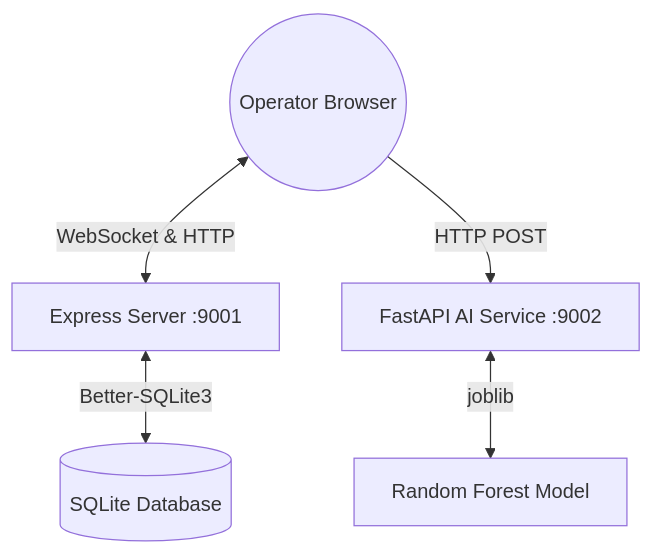
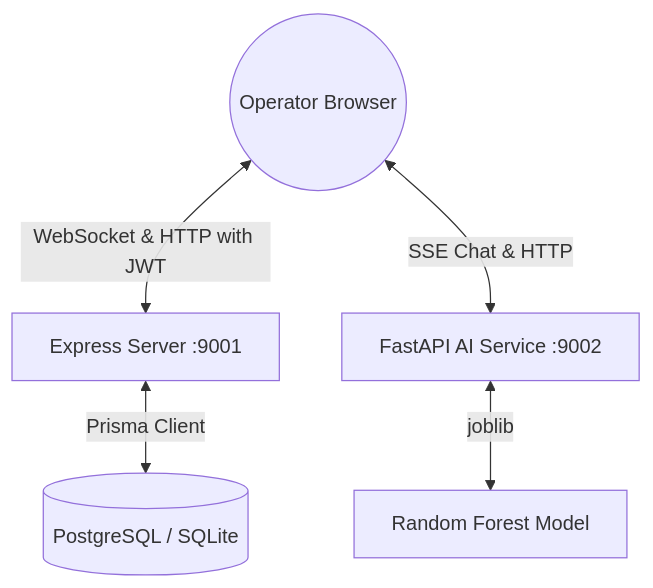
Before and after one commit to obstinix/aerosync: the diagram in README.md, drawn with Mermaid. The commit also changed other lines of this file and 29 other files, not shown here.

Commit message:
feat: complete database migration to Prisma, implement JWT auth, rate limiter, socket rooms, Docker compose, test suites, and upgraded Render blueprint

````diff
--- a/README.md
+++ b/README.md
@@ -11,7 +11,7 @@
 ```mermaid
 graph TD
-  User((Operator Browser)) <-->|WebSocket & HTTP| Express[Express Server :9001]
-  Express <-->|Better-SQLite3| DB[(SQLite Database)]
-  User -->|HTTP POST| FastAPI[FastAPI AI Service :9002]
+  User((Operator Browser)) <-->|WebSocket & HTTP with JWT| Express[Express Server :9001]
+  Express <-->|Prisma Client| DB[(PostgreSQL / SQLite)]
+  User <-->|SSE Chat & HTTP| FastAPI[FastAPI AI Service :9002]
   FastAPI <-->|joblib| RF[Random Forest Model]
 ```
````
